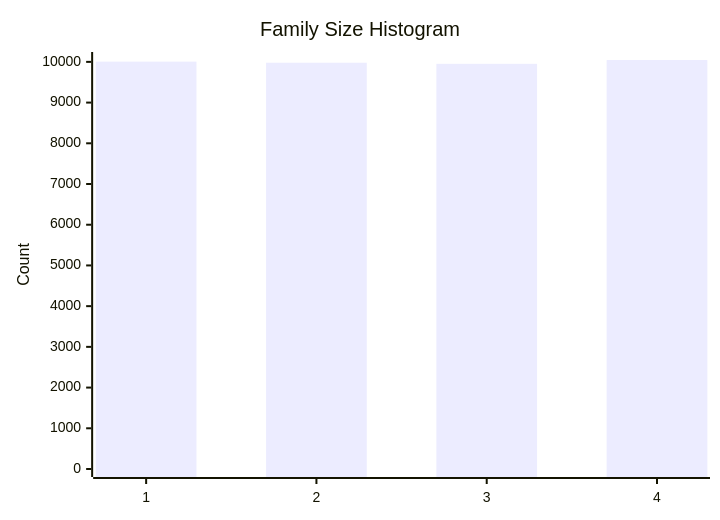
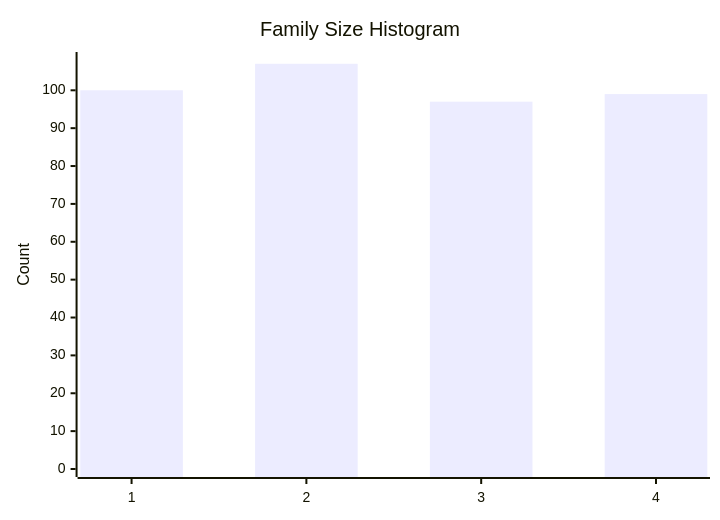
Before and after one commit to dhagan-va/intern-2025: the fifth of 10 diagrams in test-tools/DataGen/src/Statistics_Visualizer.md, drawn with Mermaid. The commit also changed other lines of this file, not shown here.

````diff
--- a/test-tools/DataGen/src/Statistics_Visualizer.md
+++ b/test-tools/DataGen/src/Statistics_Visualizer.md
@@ -58,7 +59,7 @@
 ```mermaid
 xychart-beta
     title "Family Size Histogram"
     x-axis ["1", "2", "3", "4"]
-    y-axis "Count" 0 --> 10046
-    bar [10006, 9979, 9952, 10045]
+    y-axis "Count" 0 --> 108
+    bar [100, 107, 97, 99]
 ```
````
